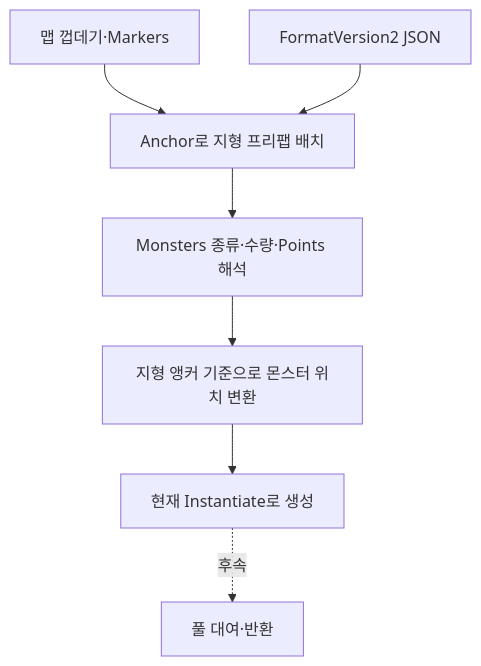
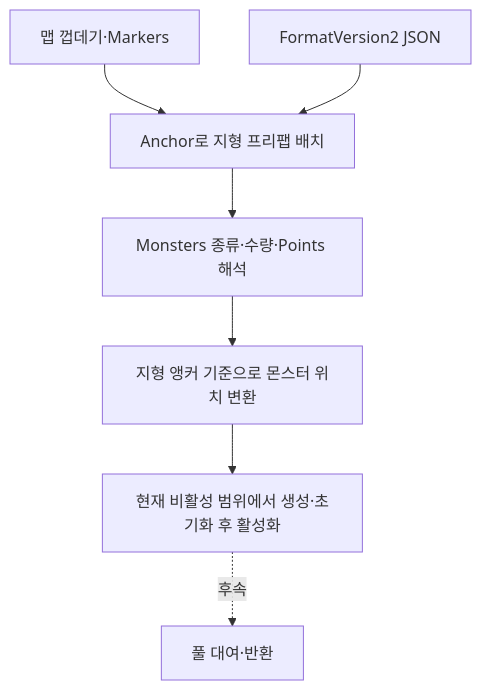
The first of 2 diagrams in Docs/맵 구성과 몬스터 배치 데이터 제안서.md (hyunho9228-web/DataSheet), drawn with Mermaid before and after one commit. The commit also changed other lines of this file and 5 other files, not shown here.

````diff
--- a/Docs/맵 구성과 몬스터 배치 데이터 제안서.md
+++ b/Docs/맵 구성과 몬스터 배치 데이터 제안서.md
@@ -9,9 +9,9 @@
 ```mermaid
 flowchart TD
     A[맵 껍데기·Markers] --> B[Anchor로 지형 프리팹 배치]
     C[FormatVersion2 JSON] --> B
     B --> D[Monsters 종류·수량·Points 해석]
     D --> E[지형 앵커 기준으로 몬스터 위치 변환]
-    E --> F[현재 Instantiate로 생성]
+    E --> F[현재 비활성 범위에서 생성·초기화 후 활성화]
     F -.후속.-> G[풀 대여·반환]
 ```
````
